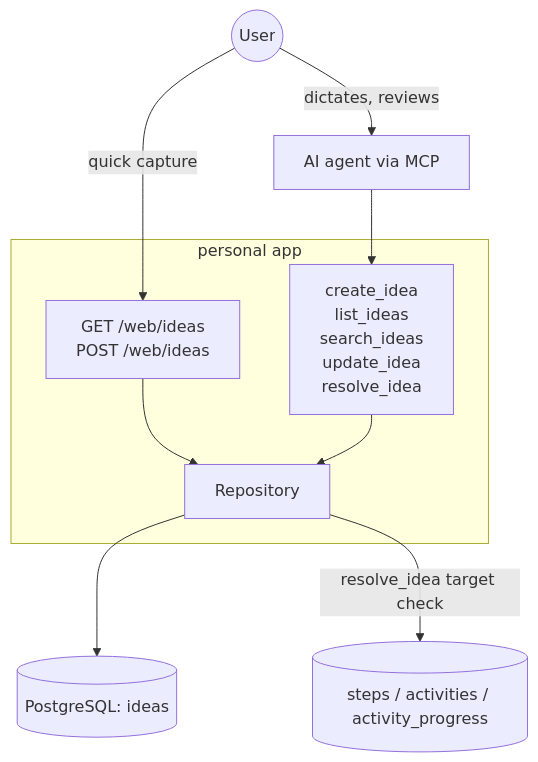
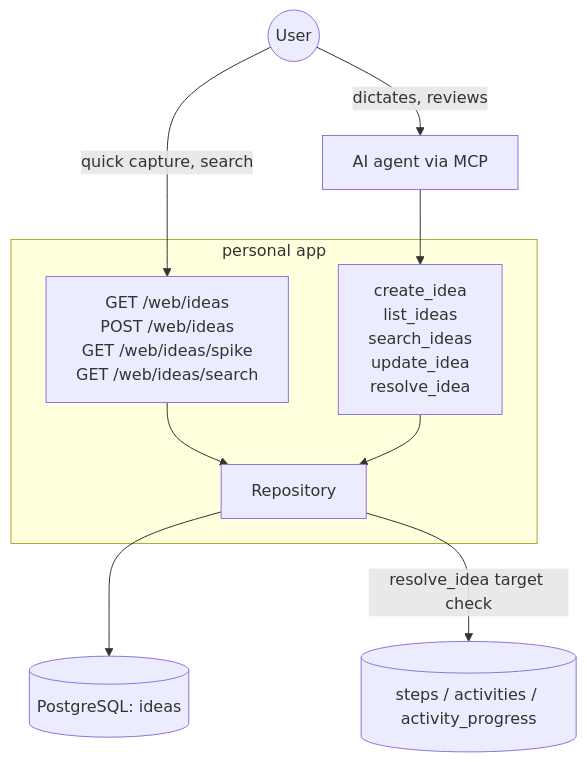
One commit to rusinikita/personal changed the second of 5 diagrams in docs/functions/ideas-spec.md. Above: the diagram before and after it, drawn with Mermaid. The commit also changed other lines of this file and 8 other files, not shown here.

First line of the commit message:
feat(ideas): rework web UI into inbox cards, spike page and search

````diff
--- a/docs/functions/ideas-spec.md
+++ b/docs/functions/ideas-spec.md
@@ -132,22 +136,22 @@
 ```mermaid
 graph TB
     User((User))
     Agent[AI agent via MCP]
 
     subgraph App[personal app]
-        Web["GET /web/ideas<br/>POST /web/ideas"]
+        Web["GET /web/ideas<br/>POST /web/ideas<br/>GET /web/ideas/spike<br/>GET /web/ideas/search"]
         MCP["create_idea<br/>list_ideas<br/>search_ideas<br/>update_idea<br/>resolve_idea"]
         Repo[Repository]
     end
 
     DB[(PostgreSQL: ideas)]
     Progress[(steps / activities / activity_progress)]
 
-    User -->|quick capture| Web
+    User -->|quick capture, search| Web
     User -->|dictates, reviews| Agent
     Agent --> MCP
     Web --> Repo
     MCP --> Repo
     Repo --> DB
     Repo -->|resolve_idea target check| Progress
 ```
````
